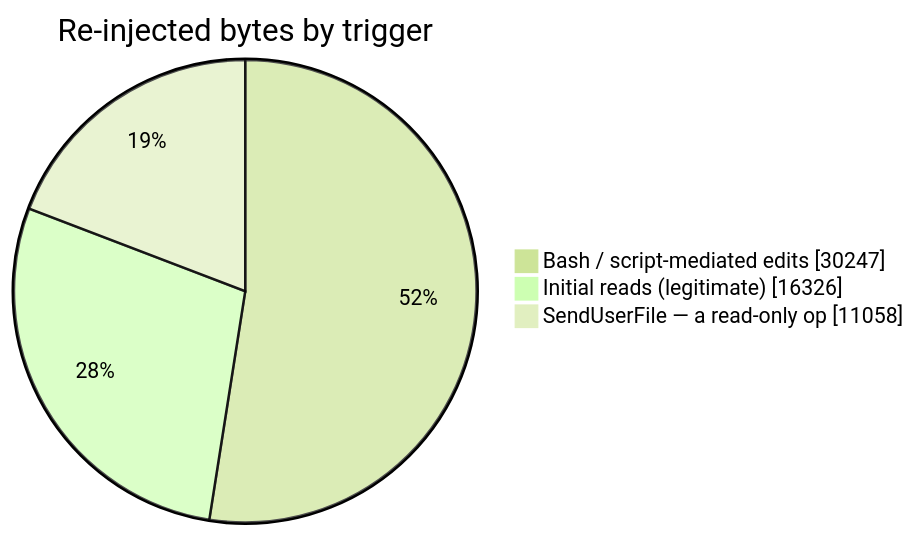
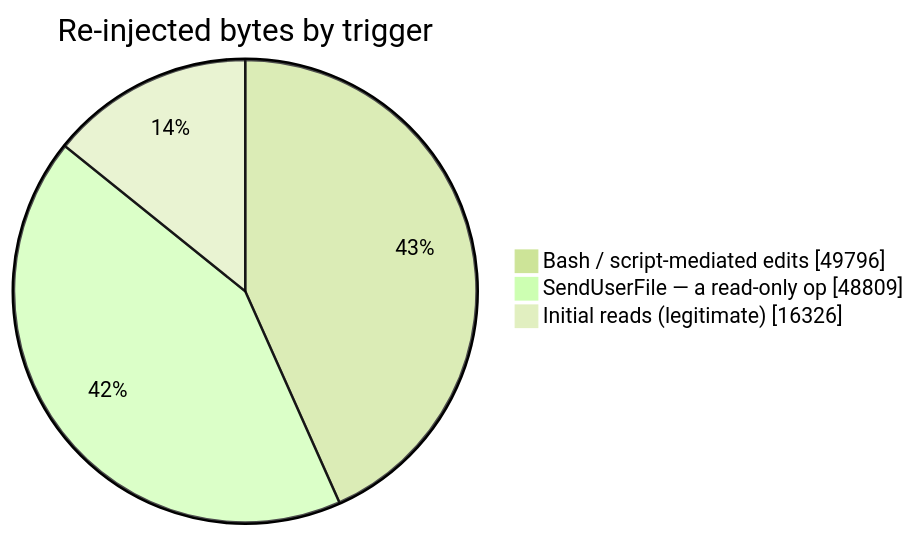
One commit to Purva-21/claude-session-limit-mitigation changed the second of 6 diagrams in docs/00-diagrams.md. Above: the diagram before and after it, drawn with Mermaid (forest theme). The commit also changed other lines of this file and 6 other files, not shown here.

````diff
--- a/docs/00-diagrams.md
+++ b/docs/00-diagrams.md
@@ -61,7 +61,7 @@
 ```mermaid
 pie showData
     title Re-injected bytes by trigger
-    "Bash / script-mediated edits" : 30247
+    "Bash / script-mediated edits" : 49796
+    "SendUserFile — a read-only op" : 48809
     "Initial reads (legitimate)" : 16326
-    "SendUserFile — a read-only op" : 11058
 ```
````
